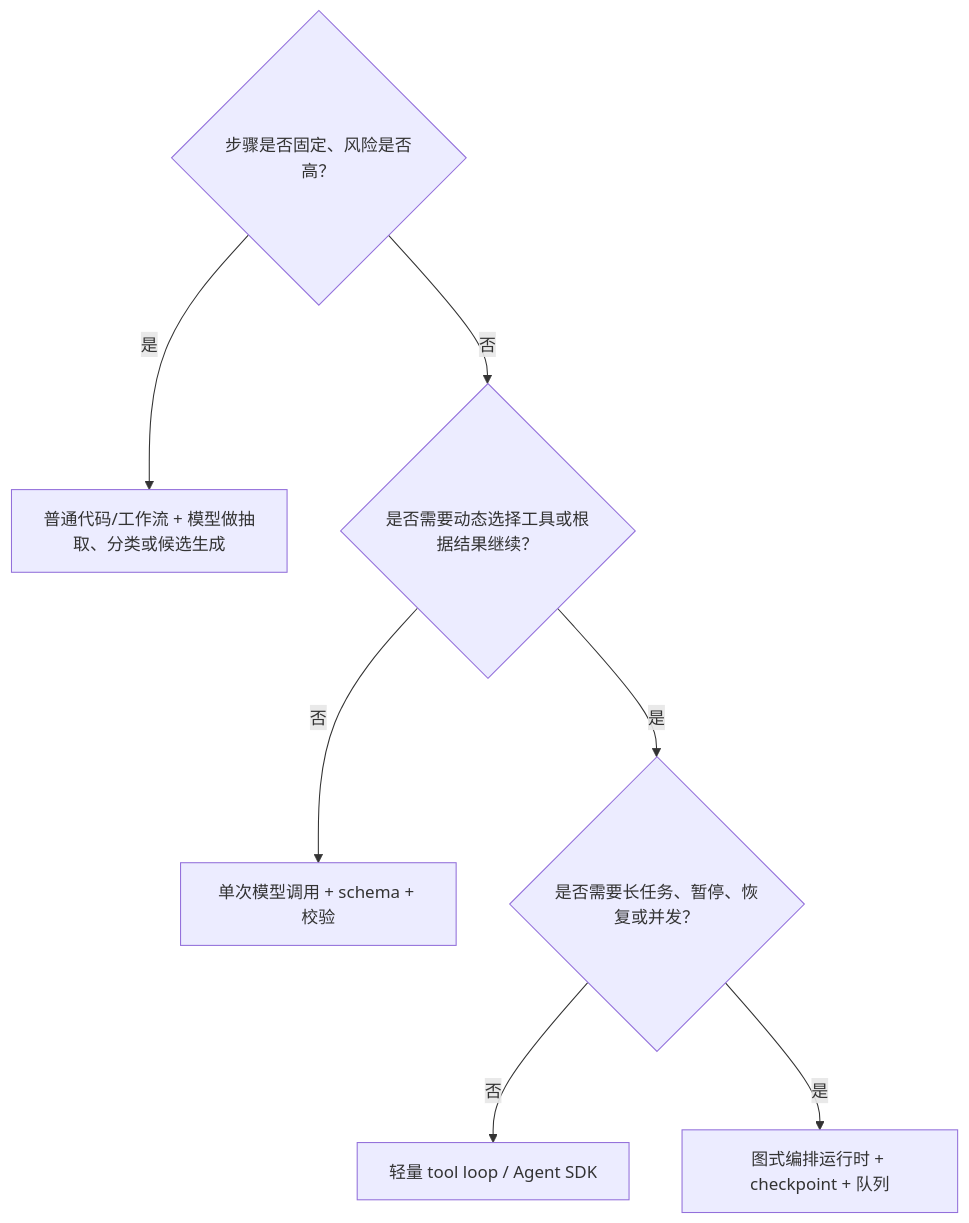
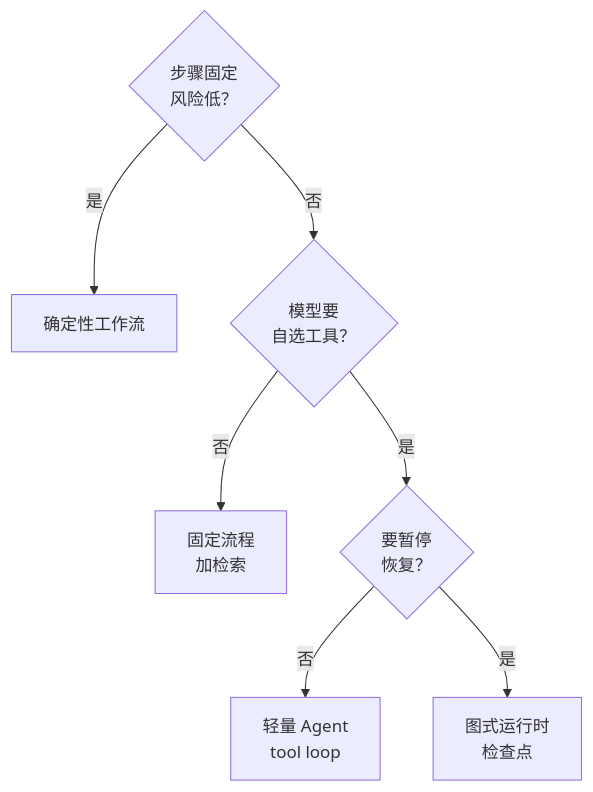
Before and after one commit to hub138/technical-knowledge: the fourth of 4 diagrams in vault/工程知识/AI 系统工程：从模型能力到生产能力/生态与选型/模型、框架、运行时与协议解决不同问题.md, drawn with Mermaid. The commit also changed other lines of this file and 622 other files, not shown here.

````diff
--- a/vault/工程知识/AI 系统工程：从模型能力到生产能力/生态与选型/模型、框架、运行时与协议解决不同问题.md
+++ b/vault/工程知识/AI 系统工程：从模型能力到生产能力/生态与选型/模型、框架、运行时与协议解决不同问题.md
@@ -211,10 +262,9 @@
 ```mermaid
-flowchart TB
-    q1{"步骤是否固定、风险是否高？"}
-    q1 -->|是| a["普通代码/工作流 + 模型做抽取、分类或候选生成"]
-    q1 -->|否| q2{"是否需要动态选择工具或根据结果继续？"}
-    q2 -->|否| b["单次模型调用 + schema + 校验"]
-    q2 -->|是| q3{"是否需要长任务、暂停、恢复或并发？"}
-    q3 -->|否| c["轻量 tool loop / Agent SDK"]
-    q3 -->|是| d["图式编排运行时 + checkpoint + 队列"]
+flowchart TD
+    A{"步骤固定<br/>风险低？"} -->|是| B["确定性工作流"]
+    A -->|否| C{"模型要<br/>自选工具？"}
+    C -->|否| D["固定流程<br/>加检索"]
+    C -->|是| E{"要暂停<br/>恢复？"}
+    E -->|否| F["轻量 Agent<br/>tool loop"]
+    E -->|是| G["图式运行时<br/>检查点"]
 ```
````
